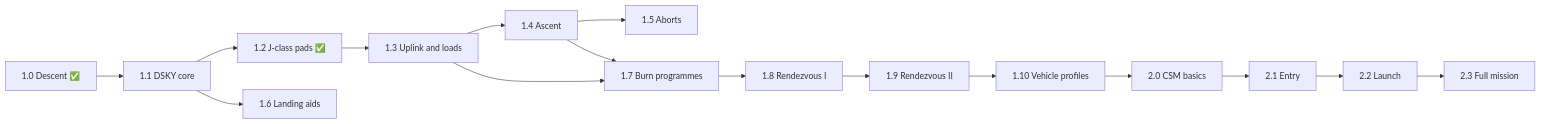
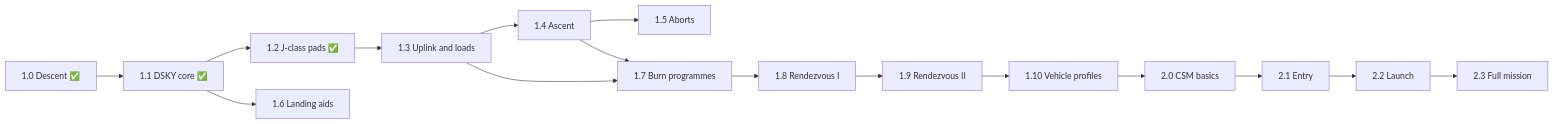
Before and after one commit to EclipticPoyo/apollo-lm-guidance-kos: the diagram in ROADMAP.md, drawn with Mermaid.

Commit message:
Roadmap flowchart: tick 1.1

````diff
--- a/ROADMAP.md
+++ b/ROADMAP.md
@@ -36,18 +36,18 @@
 ```mermaid
 flowchart LR
-    v10["1.0 Descent ✅"] --> v11["1.1 DSKY core"]
+    v10["1.0 Descent ✅"] --> v11["1.1 DSKY core ✅"]
     v11 --> v12["1.2 J-class pads ✅"]
     v12 --> v13["1.3 Uplink and loads"]
     v13 --> v14["1.4 Ascent"]
     v14 --> v15["1.5 Aborts"]
     v14 --> v17["1.7 Burn programmes"]
     v13 --> v17
     v17 --> v18["1.8 Rendezvous I"]
     v18 --> v19["1.9 Rendezvous II"]
     v11 --> v16["1.6 Landing aids"]
     v19 --> v110["1.10 Vehicle profiles"]
     v110 --> v20["2.0 CSM basics"]
     v20 --> v21["2.1 Entry"]
     v21 --> v22["2.2 Launch"]
     v22 --> v23["2.3 Full mission"]
 ```
````
